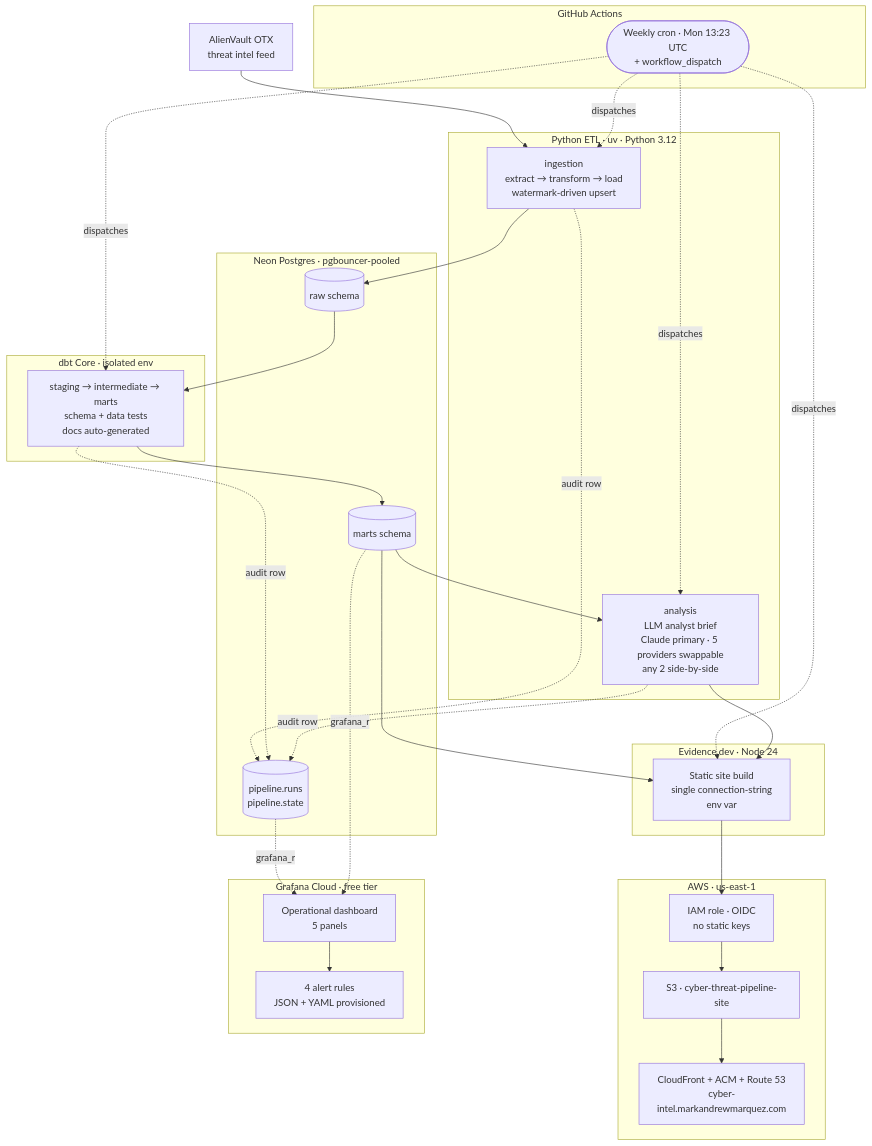
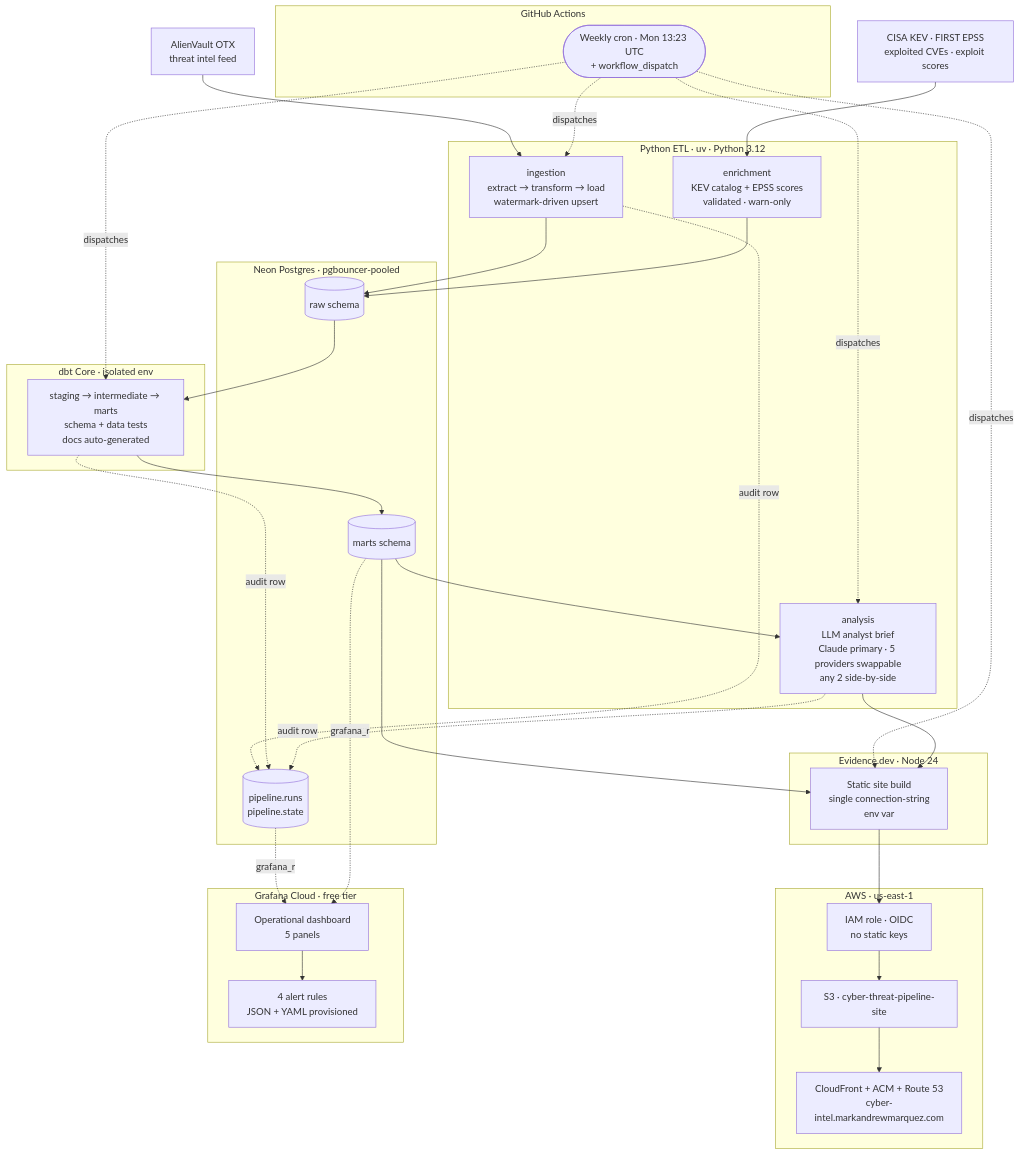
One commit to marky224/cyber-threat-pipeline changed the diagram in docs/architecture.md. Above: the diagram before and after it, drawn with Mermaid. The commit also changed other lines of this file and 9 other files, not shown here.

First line of the commit message:
feat(enrichment): load snapshots and add make enrich

````diff
--- a/docs/architecture.md
+++ b/docs/architecture.md
@@ -7,58 +7,62 @@
 ```mermaid
 flowchart TB
     OTX[AlienVault OTX<br/>threat intel feed]
+    Feeds[CISA KEV · FIRST EPSS<br/>exploited CVEs · exploit scores]
 
     subgraph GH["GitHub Actions"]
         Cron(["Weekly cron · Mon 13:23 UTC<br/>+ workflow_dispatch"])
     end
 
     subgraph App["Python ETL · uv · Python 3.12"]
         Ingest["ingestion<br/>extract → transform → load<br/>watermark-driven upsert"]
+        Enrich["enrichment<br/>KEV catalog + EPSS scores<br/>validated · warn-only"]
         Analysis["analysis<br/>LLM analyst brief<br/>Claude primary · 5 providers swappable<br/>any 2 side-by-side"]
     end
 
     subgraph Neon["Neon Postgres · pgbouncer-pooled"]
         Raw[("raw schema")]
         Marts[("marts schema")]
         Audit[("pipeline.runs<br/>pipeline.state")]
     end
 
     subgraph Transform["dbt Core · isolated env"]
         DBT["staging → intermediate → marts<br/>schema + data tests<br/>docs auto-generated"]
     end
 
     subgraph Reporting["Evidence.dev · Node 24"]
         Build["Static site build<br/>single connection-string<br/>env var"]
     end
 
     subgraph AWSBox["AWS · us-east-1"]
         OIDC["IAM role · OIDC<br/>no static keys"]
         S3["S3 · cyber-threat-pipeline-site"]
         CF["CloudFront + ACM + Route 53<br/>cyber-intel.markandrewmarquez.com"]
     end
 
     subgraph Ops["Grafana Cloud · free tier"]
         Dash["Operational dashboard<br/>5 panels"]
         Alerts["4 alert rules<br/>JSON + YAML provisioned"]
     end
 
     OTX --> Ingest
+    Feeds --> Enrich
     Cron -.dispatches.-> Ingest
     Cron -.dispatches.-> DBT
     Cron -.dispatches.-> Analysis
     Cron -.dispatches.-> Build
     Ingest --> Raw
+    Enrich --> Raw
     Raw --> DBT
     DBT --> Marts
     Marts --> Analysis
     Marts --> Build
     Analysis --> Build
     Build --> OIDC
     OIDC --> S3 --> CF
     Ingest -.audit row.-> Audit
     DBT -.audit row.-> Audit
     Analysis -.audit row.-> Audit
     Audit -.grafana_ro.-> Dash
     Marts -.grafana_ro.-> Dash
     Dash --> Alerts
 ```
````
